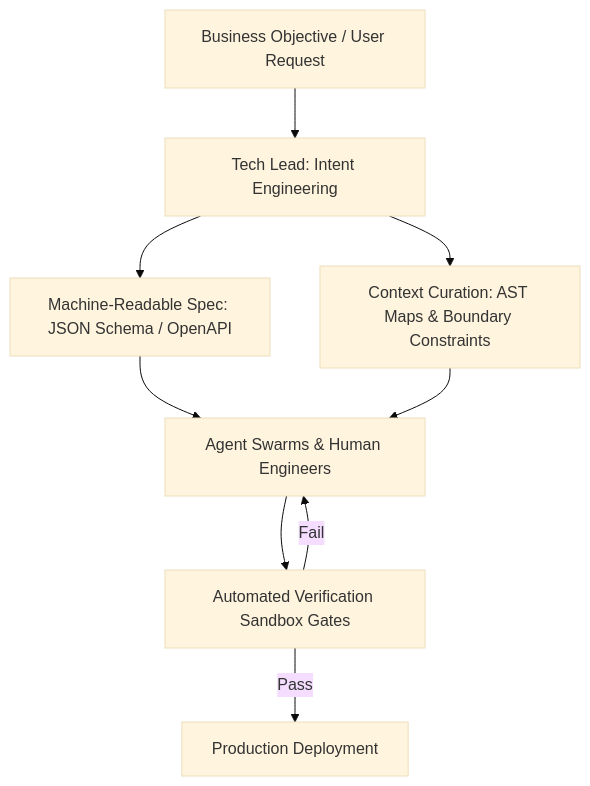
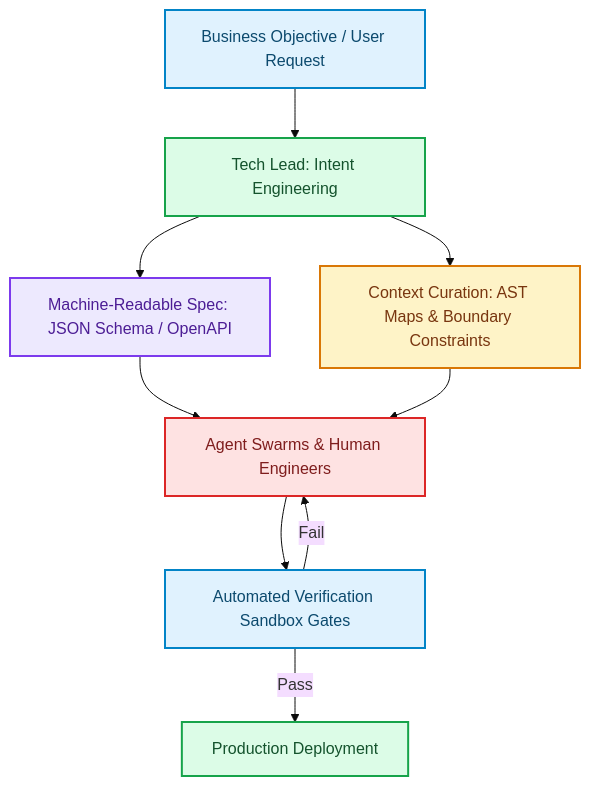
One commit to akmalkhaniub/akmalkhaniub.github.io changed the diagram in blog/posts/tech-lead-architect-of-intent-spec-context-engineering.md. Above: the diagram before and after it, drawn with Mermaid (base theme). The commit also changed other lines of this file and 1291 other files, not shown here.

First line of the commit message:
feat(catalog): unique covers, scholarly references, and diagram palettes

````diff
--- a/blog/posts/tech-lead-architect-of-intent-spec-context-engineering.md
+++ b/blog/posts/tech-lead-architect-of-intent-spec-context-engineering.md
@@ -15,11 +15,22 @@
 ```mermaid
 flowchart TD
-  A[Business Objective / User Request] --> B[Tech Lead: Intent Engineering]
-  B --> C[Machine-Readable Spec: JSON Schema / OpenAPI]
-  B --> D[Context Curation: AST Maps & Boundary Constraints]
-  C --> E[Agent Swarms & Human Engineers]
+  A["Business Objective / User Request"] --> B["Tech Lead: Intent Engineering"]
+  B --> C["Machine-Readable Spec: JSON Schema / OpenAPI"]
+  B --> D["Context Curation: AST Maps & Boundary Constraints"]
+  C --> E["Agent Swarms & Human Engineers"]
   D --> E
-  E --> F[Automated Verification Sandbox Gates]
-  F -->|Pass| G[Production Deployment]
+  E --> F["Automated Verification Sandbox Gates"]
+  F -->|Pass| G["Production Deployment"]
   F -->|Fail| E
+
+classDef green fill:#dcfce7,stroke:#16a34a,stroke-width:2px,color:#14532d;
+classDef red fill:#fee2e2,stroke:#dc2626,stroke-width:2px,color:#7f1d1d;
+classDef blue fill:#e0f2fe,stroke:#0284c7,stroke-width:2px,color:#0c4a6e;
+classDef yellow fill:#fef3c7,stroke:#d97706,stroke-width:2px,color:#78350f;
+classDef purple fill:#ede9fe,stroke:#7c3aed,stroke-width:2px,color:#4c1d95;
+class A,F blue
+class B,G green
+class C purple
+class D yellow
+class E red
 ```
````
